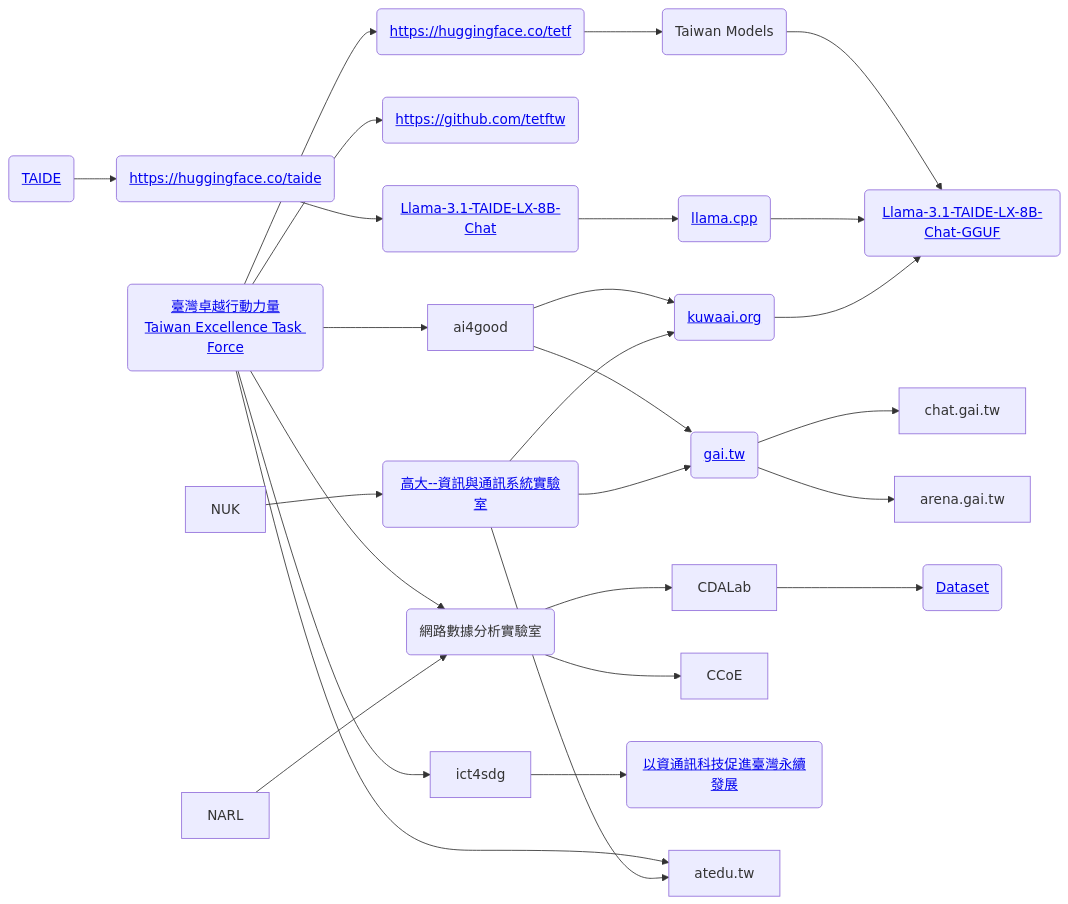
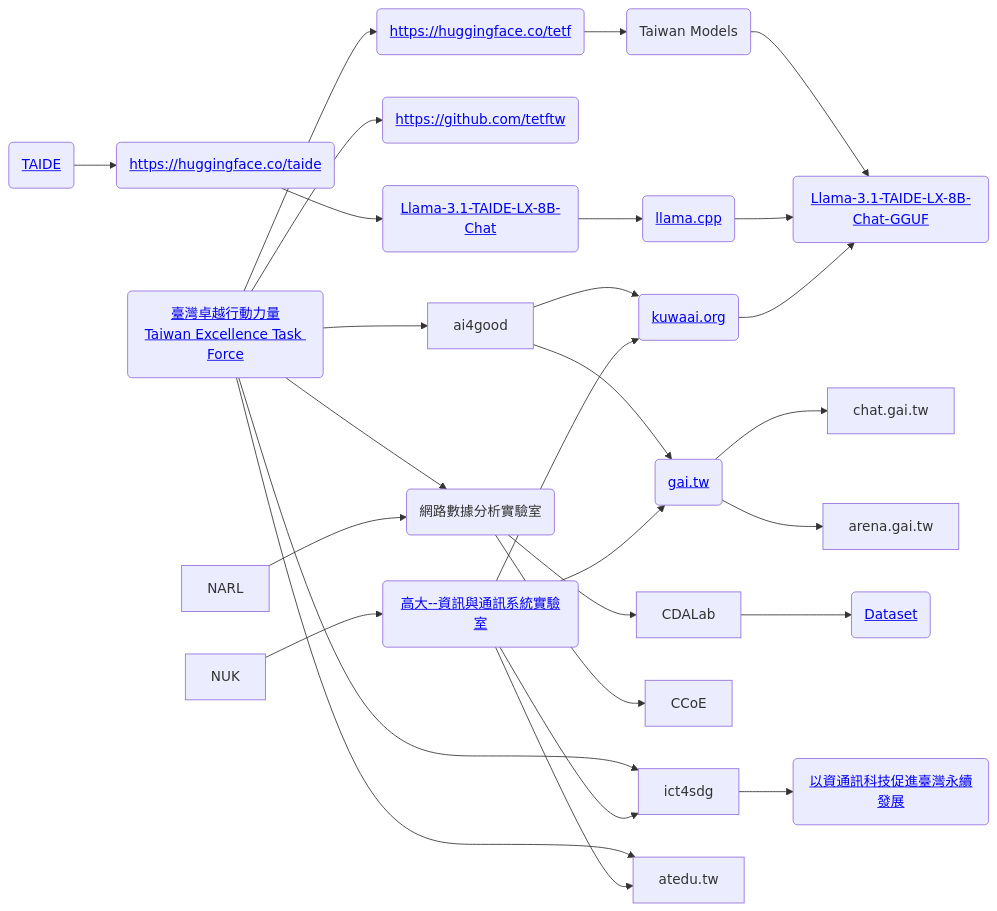
One commit to jazzwang/snippet changed the diagram in md/genai/llm/taide.md. Above: the diagram before and after it, drawn with Mermaid. The commit also changed other lines of this file, not shown here.

Commit message:
docs: [md][genai][llm] tiny update graph analysis of TAIDE and TETF.

````diff
--- a/md/genai/llm/taide.md
+++ b/md/genai/llm/taide.md
@@ -169,31 +171,32 @@
 ```mermaid
 flowchart LR
   TAIDE(<a href='https://taide.tw/' target='_blank'>TAIDE</a>)
   TAIDE1(<a href='https://huggingface.co/taide' target='_blank'>https://huggingface.co/taide</a>)
   TAIDE-->TAIDE1
   TETF(<a href='https://www.tetf.tw/' target='_blank'>臺灣卓越行動力量<br/>Taiwan Excellence Task Force</a>)
   TETF2(<a href='https://huggingface.co/tetf' target='_blank'>https://huggingface.co/tetf</a>)
   TETF3(<a href='https://github.com/tetftw' target='_blank'>https://github.com/tetftw</a>)
   TETF-->TETF2
   TETF-->TETF3
   HF_TW(Taiwan Models)
   TETF2-->HF_TW
   HF_TW-->Llama-3.1-TAIDE-LX-8B-Chat-GGUF(<a href='https://huggingface.co/tetf/Llama-3.1-TAIDE-LX-8B-Chat-GGUF' target='_blnk'>Llama-3.1-TAIDE-LX-8B-Chat-GGUF</a>)
   llama.cpp(<a href='https://github.com/ggml-org/llama.cpp' target='_blank'>llama.cpp</a>)
   Llama-3.1-TAIDE-LX-8B-Chat(<a href='https://huggingface.co/taide/Llama-3.1-TAIDE-LX-8B-Chat' target='_blank'>Llama-3.1-TAIDE-LX-8B-Chat</a>)
   TAIDE1 --> Llama-3.1-TAIDE-LX-8B-Chat --> llama.cpp --> Llama-3.1-TAIDE-LX-8B-Chat-GGUF
   TETF --> ai4good --> gai.tw(<a href='https://gai.tw/' target='blank'>gai.tw</a>)
   ai4good --> kuwaai.org(<a href='https://kuwaai.org/' target='blank'>kuwaai.org</a>)
   kuwaai.org --> Llama-3.1-TAIDE-LX-8B-Chat-GGUF
   TETF --> cdalab(網路數據分析實驗室) --> CDALab --> CDALab_OpenData(<a href='https://www.cdalab.tw/open/data' target='_blank'>Dataset</a>)
   cdalab --> CCoE
   NARL --> cdalab
   TETF --> ict4sdg --> twICT4SDG(<a href='https://ict4sdg.icslab.org/' target='_blank'>以資通訊科技促進臺灣永續發展</a>)
   NUK --> ICSLab(<a href='https://www.icslab.org/' target='blank'>高大--資訊與通訊系統實驗室</a>)
   ICSLab --> gai.tw
   gai.tw --> chat.gai.tw
-  gai.tw --> arena.gai.tw 
+  gai.tw --> arena.gai.tw
   ICSLab --> kuwaai.org
   TETF --> atedu.tw
   ICSLab --> atedu.tw
+  ICSLab --> ict4sdg
 ```
````
